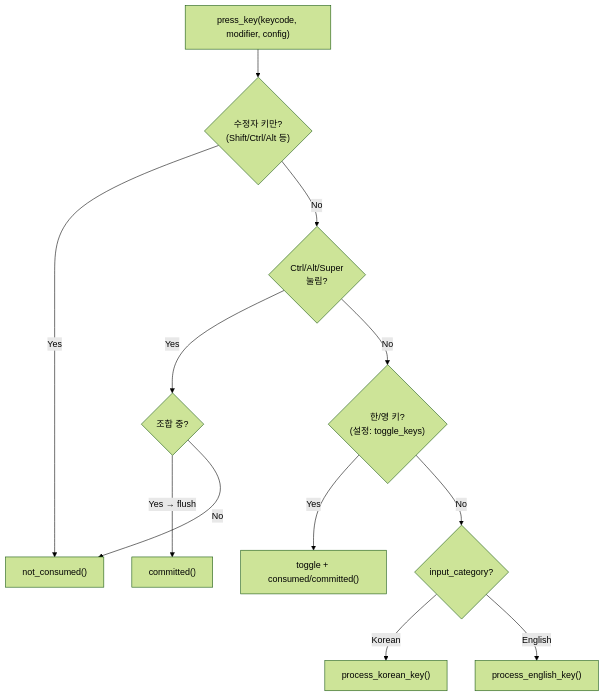
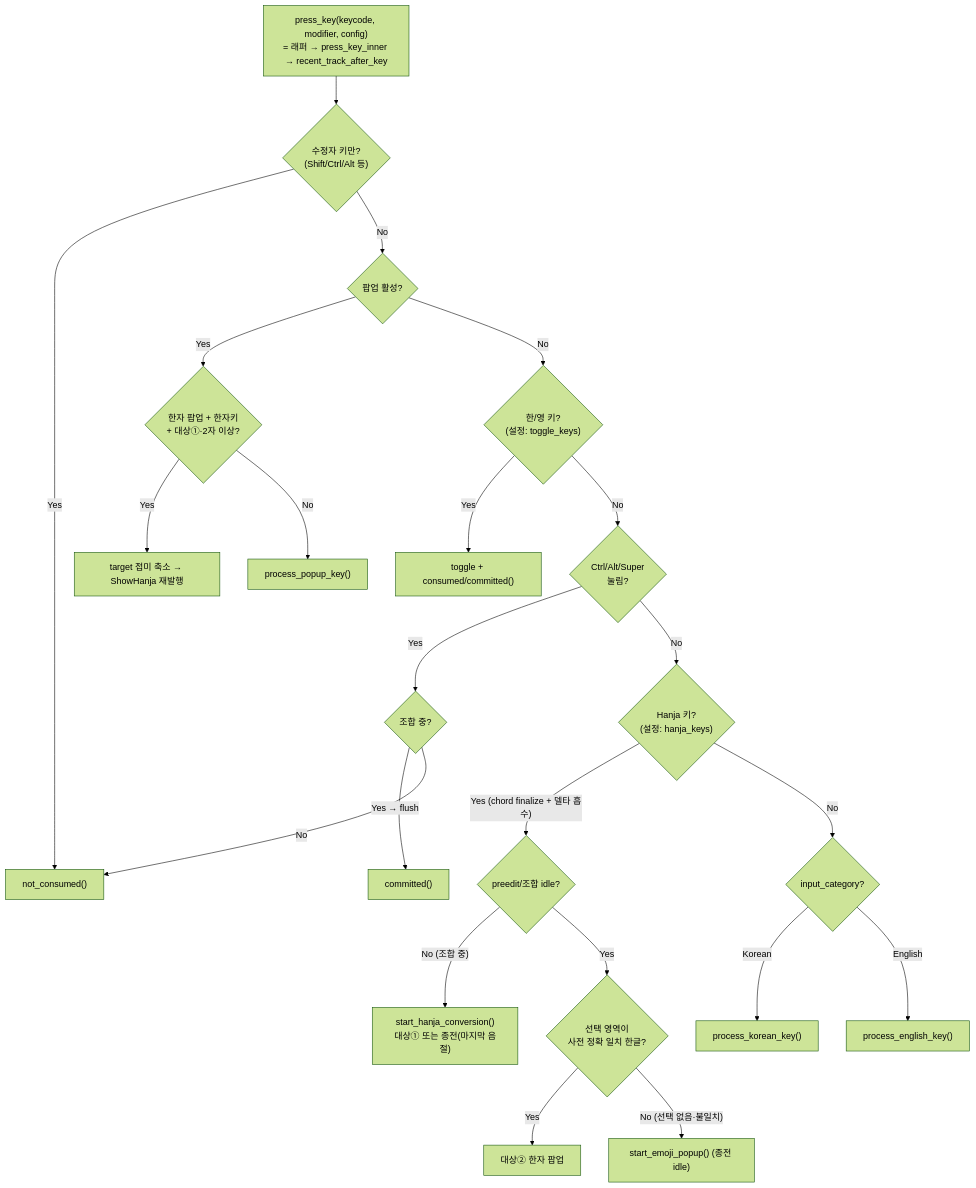
Before and after one commit to from104/unim: the second of 3 diagrams in src/SPEC.md, drawn with Mermaid (forest theme). The commit also changed other lines of this file and 56 other files, not shown here.

````diff
--- a/src/SPEC.md
+++ b/src/SPEC.md
@@ -137,23 +174,38 @@
 ```mermaid
 flowchart TD
-    START["press_key(keycode, modifier, config)"]
+    START["press_key(keycode, modifier, config)<br/>= 래퍼 → press_key_inner → recent_track_after_key"]
+    POPUP{"팝업 활성?"}
+    SHRINK{"한자 팝업 + 한자키<br/>+ 대상①·2자 이상?"}
+    HK{"Hanja 키?\n(설정: hanja_keys)"}
+    IDLE{"preedit/조합 idle?"}
+    SEL{"선택 영역이<br/>사전 정확 일치 한글?"}
     MOD{"수정자 키만?<br/>(Shift/Ctrl/Alt 등)"}
     CTRL{"Ctrl/Alt/Super<br/>눌림?"}
     COMPOSE_CHECK{"조합 중?"}
     TOGGLE{"한/영 키?\n(설정: toggle_keys)"}
     CATEGORY{"input_category?"}
     KOREAN["process_korean_key()"]
     ENGLISH["process_english_key()"]
     
     START --> MOD
     MOD -->|Yes| NC["not_consumed()"]
-    MOD -->|No| CTRL
+    MOD -->|No| POPUP
+    POPUP -->|Yes| SHRINK
+    SHRINK -->|Yes| SH["target 접미 축소 → ShowHanja 재발행"]
+    SHRINK -->|No| PK["process_popup_key()"]
+    POPUP -->|No| TOGGLE
+    TOGGLE -->|Yes| T1["toggle + consumed/committed()"]
+    TOGGLE -->|No| CTRL
     CTRL -->|Yes| COMPOSE_CHECK
     COMPOSE_CHECK -->|"Yes → flush"| CM1["committed()"]
     COMPOSE_CHECK -->|No| NC
-    CTRL -->|No| TOGGLE
-    TOGGLE -->|Yes| T1["toggle + consumed/committed()"]
-    TOGGLE -->|No| CATEGORY
+    CTRL -->|No| HK
+    HK -->|"Yes (chord finalize + 델타 흡수)"| IDLE
+    IDLE -->|"No (조합 중)"| HC["start_hanja_conversion()<br/>대상① 또는 종전(마지막 음절)"]
+    IDLE -->|Yes| SEL
+    SEL -->|Yes| HC2["대상② 한자 팝업"]
+    SEL -->|"No (선택 없음·불일치)"| EMO["start_emoji_popup() (종전 idle)"]
+    HK -->|No| CATEGORY
     CATEGORY -->|Korean| KOREAN
     CATEGORY -->|English| ENGLISH
 ```
````
